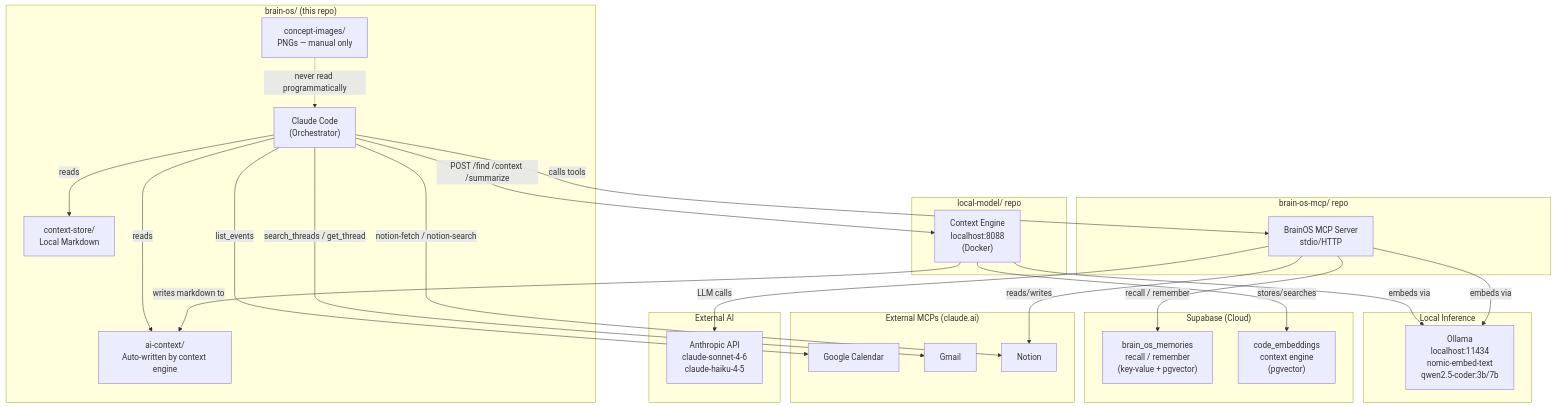
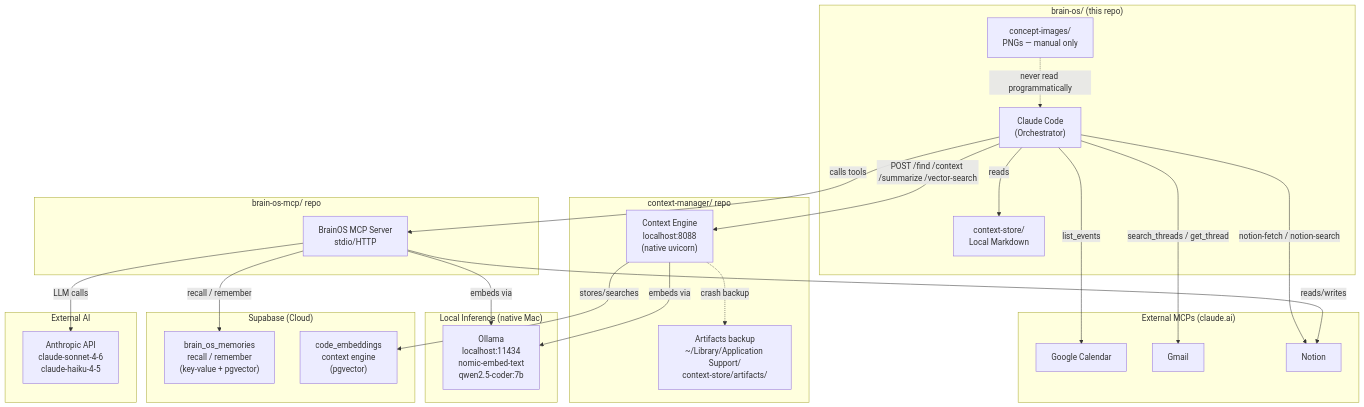
Before and after one commit to ryemyster/brain-os: the first of 5 diagrams in .claude/ARCHITECTURE.md, drawn with Mermaid. The commit also changed other lines of this file and 31 other files, not shown here.

First line of the commit message:
Migrate context-engine to context-manager; wire slash commands

````diff
--- a/.claude/ARCHITECTURE.md
+++ b/.claude/ARCHITECTURE.md
@@ -9,55 +9,54 @@
 ```mermaid
 graph TD
     subgraph "brain-os/ (this repo)"
         CC["Claude Code\n(Orchestrator)"]
         CS["context-store/\nLocal Markdown"]
         CI["concept-images/\nPNGs — manual only"]
-        AC["ai-context/\nAuto-written by context engine"]
     end
 
-    subgraph "local-model/ repo"
-        CE["Context Engine\nlocalhost:8088\n(Docker)"]
+    subgraph "context-manager/ repo"
+        CE["Context Engine\nlocalhost:8088\n(native uvicorn)"]
+        AR["Artifacts backup\n~/Library/Application Support/\ncontext-store/artifacts/"]
     end
 
     subgraph "brain-os-mcp/ repo"
         MCP["BrainOS MCP Server\nstdio/HTTP"]
     end
 
-    subgraph "Local Inference"
-        OL["Ollama\nlocalhost:11434\nnomic-embed-text\nqwen2.5-coder:3b/7b"]
+    subgraph "Local Inference (native Mac)"
+        OL["Ollama\nlocalhost:11434\nnomic-embed-text\nqwen2.5-coder:7b"]
     end
 
     subgraph "Supabase (Cloud)"
         SB1["brain_os_memories\nrecall / remember\n(key-value + pgvector)"]
         SB2["code_embeddings\ncontext engine\n(pgvector)"]
     end
 
     subgraph "External MCPs (claude.ai)"
         GC["Google Calendar"]
         GM["Gmail"]
         NO["Notion"]
     end
 
     subgraph "External AI"
         ANT["Anthropic API\nclaude-sonnet-4-6\nclaude-haiku-4-5"]
     end
 
     CC -->|"reads"| CS
-    CC -->|"reads"| AC
-    CC -->|"POST /find /context /summarize"| CE
+    CC -->|"POST /find /context /summarize /vector-search"| CE
     CC -->|"calls tools"| MCP
     CC -->|"list_events"| GC
     CC -->|"search_threads / get_thread"| GM
     CC -->|"notion-fetch / notion-search"| NO
 
     CE -->|"embeds via"| OL
     CE -->|"stores/searches"| SB2
-    CE -->|"writes markdown to"| AC
+    CE -.->|"crash backup"| AR
 
     MCP -->|"embeds via"| OL
     MCP -->|"recall / remember"| SB1
     MCP -->|"LLM calls"| ANT
     MCP -->|"reads/writes"| NO
 
     CI -.->|"never read programmatically"| CC
 ```
````
